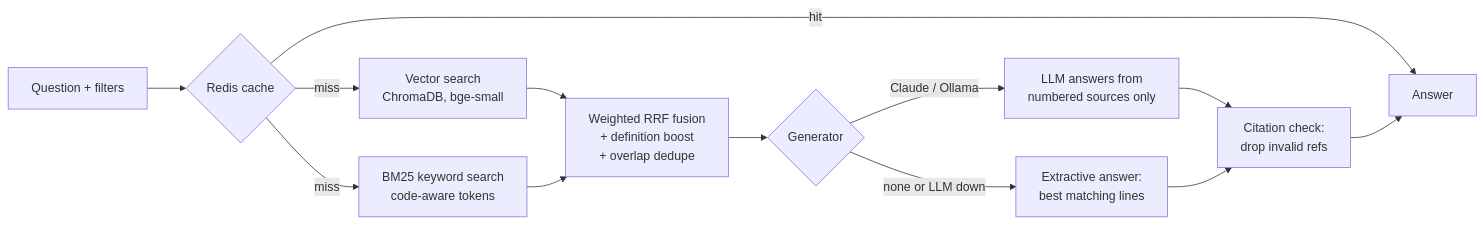
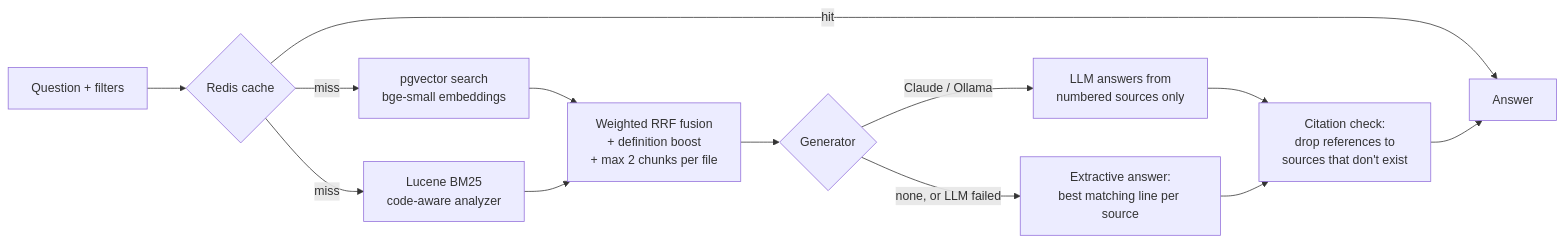
The first of 2 diagrams in 03-rag-codebase-assistant/README.md (kanaparthiAdarsh-web/Zaalime_Java_Full_Stack_projects), drawn with Mermaid before and after one commit. The commit also changed other lines of this file and 81 other files, not shown here.

````diff
--- a/03-rag-codebase-assistant/README.md
+++ b/03-rag-codebase-assistant/README.md
@@ -39,15 +49,15 @@
 ```mermaid
 flowchart LR
     Q[Question + filters] --> C{Redis cache}
     C -- hit --> A[Answer]
-    C -- miss --> V[Vector search<br/>ChromaDB, bge-small]
-    C -- miss --> K[BM25 keyword search<br/>code-aware tokens]
-    V --> F[Weighted RRF fusion<br/>+ definition boost<br/>+ overlap dedupe]
+    C -- miss --> V[pgvector search<br/>bge-small embeddings]
+    C -- miss --> K[Lucene BM25<br/>code-aware analyzer]
+    V --> F[Weighted RRF fusion<br/>+ definition boost<br/>+ max 2 chunks per file]
     K --> F
     F --> G{Generator}
     G -- Claude / Ollama --> L[LLM answers from<br/>numbered sources only]
-    G -- none or LLM down --> E[Extractive answer:<br/>best matching lines]
-    L --> X[Citation check:<br/>drop invalid refs]
+    G -- none, or LLM failed --> E[Extractive answer:<br/>best matching line per source]
+    L --> X[Citation check:<br/>drop references to<br/>sources that don't exist]
     E --> X
     X --> A
 ```
````
